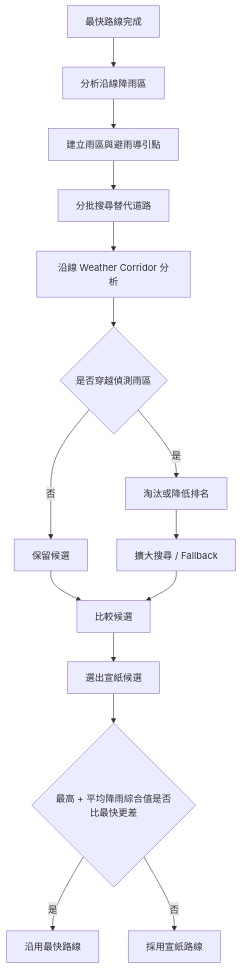
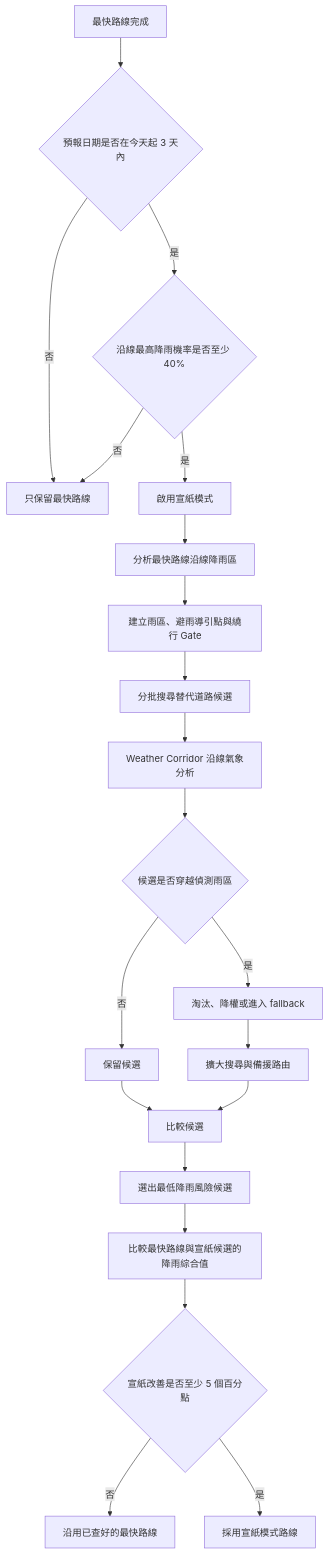
The third of 5 diagrams in README.md (CG3599/20260923-hw-taiwan-weather), drawn with Mermaid before and after one commit. The commit also changed other lines of this file, not shown here.

Commit message:
docs: update paper mode flow and eligibility rules

````diff
--- a/README.md
+++ b/README.md
@@ -270,17 +284,27 @@
 ```mermaid
 flowchart TD
-    A[最快路線完成] --> B[分析沿線降雨區]
-    B --> C[建立雨區與避雨導引點]
-    C --> D[分批搜尋替代道路]
-    D --> E[沿線 Weather Corridor 分析]
-    E --> F{是否穿越偵測雨區}
-    F -->|是| G[淘汰或降低排名]
-    F -->|否| H[保留候選]
-    G --> I[擴大搜尋 / Fallback]
-    H --> J[比較候選]
-    I --> J
-    J --> K[選出宣紙候選]
-    K --> L{最高 + 平均降雨綜合值是否比最快更差}
-    L -->|是| M[沿用最快路線]
-    L -->|否| N[採用宣紙路線]
+    A["最快路線完成"] --> B{"預報日期是否在今天起 3 天內"}
+    B -->|否| X["只保留最快路線"]
+    B -->|是| C{"沿線最高降雨機率是否至少 40%"}
+    C -->|否| X
+    C -->|是| D["啟用宣紙模式"]
+
+    D --> E["分析最快路線沿線降雨區"]
+    E --> F["建立雨區、避雨導引點與繞行 Gate"]
+    F --> G["分批搜尋替代道路候選"]
+    G --> H["Weather Corridor 沿線氣象分析"]
+    H --> I{"候選是否穿越偵測雨區"}
+
+    I -->|是| J["淘汰、降權或進入 fallback"]
+    I -->|否| K["保留候選"]
+    J --> L["擴大搜尋與備援路由"]
+    K --> M["比較候選"]
+    L --> M
+
+    M --> N["選出最低降雨風險候選"]
+    N --> O["比較最快路線與宣紙候選的降雨綜合值"]
+    O --> P{"宣紙改善是否至少 5 個百分點"}
+
+    P -->|否| Q["沿用已查好的最快路線"]
+    P -->|是| R["採用宣紙模式路線"]
 ```
````
